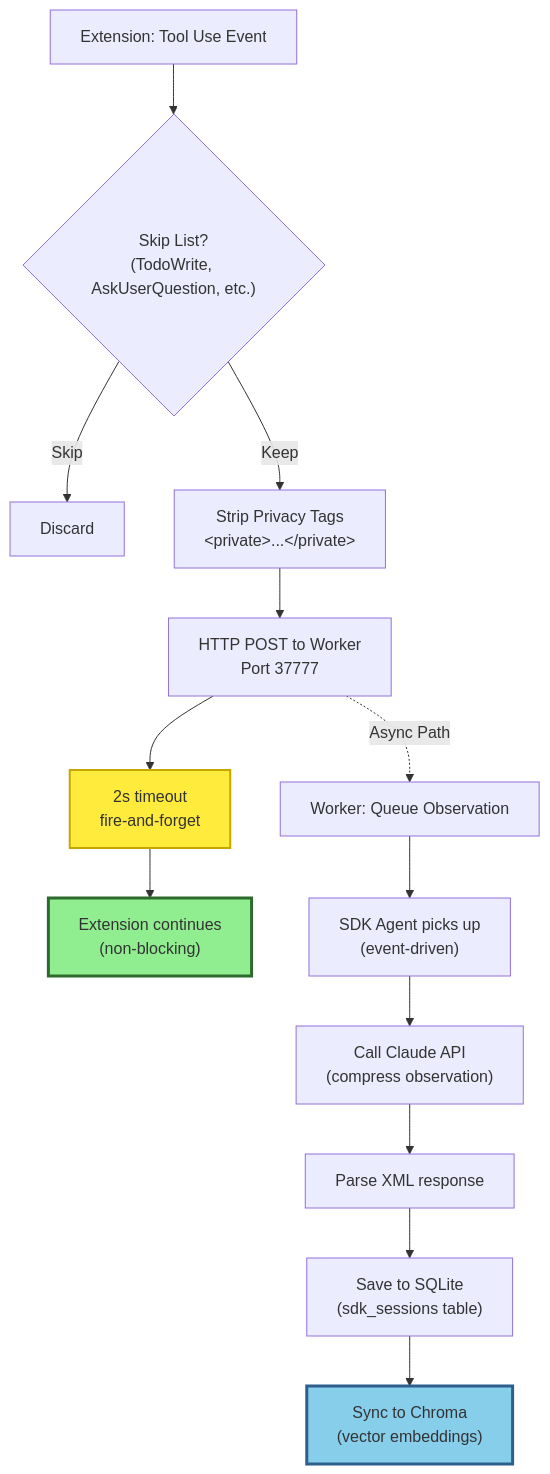
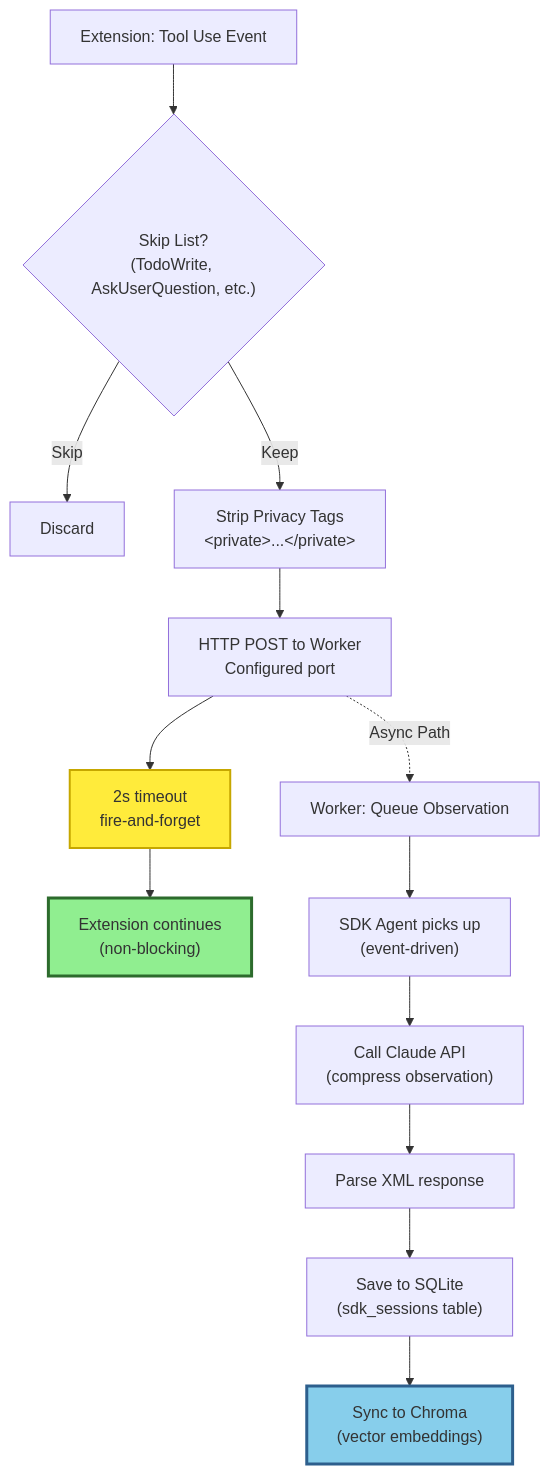
The third of 10 diagrams in apps/claude-mem/docs/public/architecture/hooks.mdx (innotelinc/jesus), drawn with Mermaid before and after one commit. The commit also changed other lines of this file and 61 other files, not shown here.

````diff
--- a/apps/claude-mem/docs/public/architecture/hooks.mdx
+++ b/apps/claude-mem/docs/public/architecture/hooks.mdx
@@ -153,20 +156,20 @@
 ```mermaid
 graph TB
     A["Extension: Tool Use Event"] --> B{"Skip List?<br/>(TodoWrite, AskUserQuestion, etc.)"}
     B -->|"Skip"| X["Discard"]
     B -->|"Keep"| C["Strip Privacy Tags<br/>&lt;private&gt;...&lt;/private&gt;"]
-    C --> D["HTTP POST to Worker<br/>Port 37777"]
+    C --> D["HTTP POST to Worker<br/>Configured port"]
     D --> E["2s timeout<br/>fire-and-forget"]
     E --> F["Extension continues<br/>(non-blocking)"]
 
     D -.Async Path.-> G["Worker: Queue Observation"]
     G --> H["SDK Agent picks up<br/>(event-driven)"]
     H --> I["Call Claude API<br/>(compress observation)"]
     I --> J["Parse XML response"]
     J --> K["Save to SQLite<br/>(sdk_sessions table)"]
     K --> L["Sync to Chroma<br/>(vector embeddings)"]
 
     style F fill:#90EE90,stroke:#2d6b2d,stroke-width:3px
     style L fill:#87CEEB,stroke:#2d5f8d,stroke-width:3px
     style E fill:#ffeb3b,stroke:#c6a700,stroke-width:2px
 ```
````
